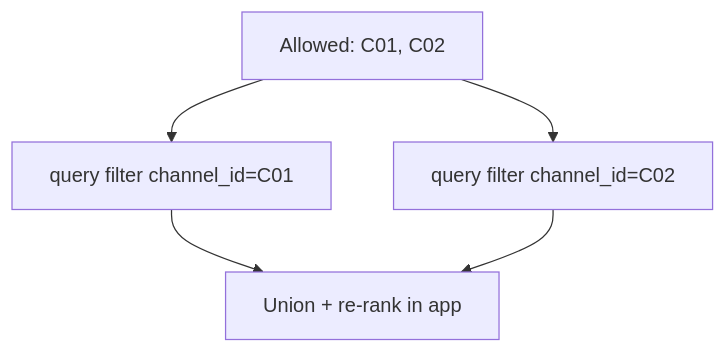
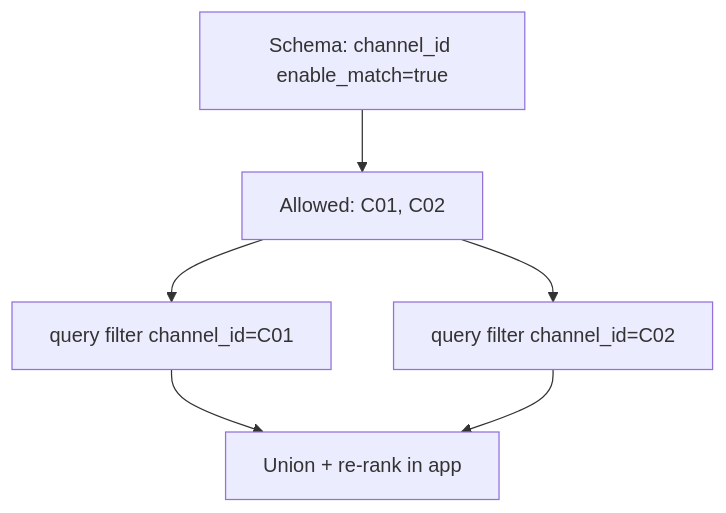
The second of 2 diagrams in essentials/v2/scope-composition/acl-partitions.mdx (hydra-db/mintlify-docs), drawn with Mermaid before and after one commit. The commit also changed other lines of this file and 3 other files, not shown here.

First line of the commit message:
docs(v2): require match-enabled schema for metadata ACL filters

````diff
--- a/essentials/v2/scope-composition/acl-partitions.mdx
+++ b/essentials/v2/scope-composition/acl-partitions.mdx
@@ -58,8 +79,10 @@
 ```mermaid
 flowchart TD
+  Schema["Schema: channel_id enable_match=true"]
   ACL["Allowed: C01, C02"]
+  Schema --> ACL
   ACL --> Q1["query filter channel_id=C01"]
   ACL --> Q2["query filter channel_id=C02"]
   Q1 --> U["Union + re-rank in app"]
   Q2 --> U
 ```
````
